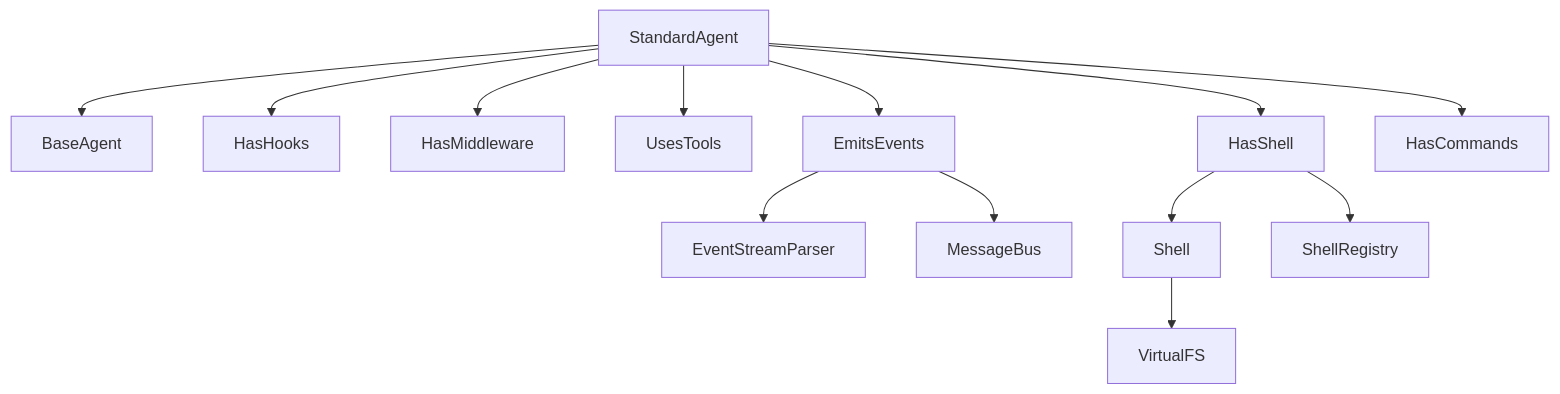
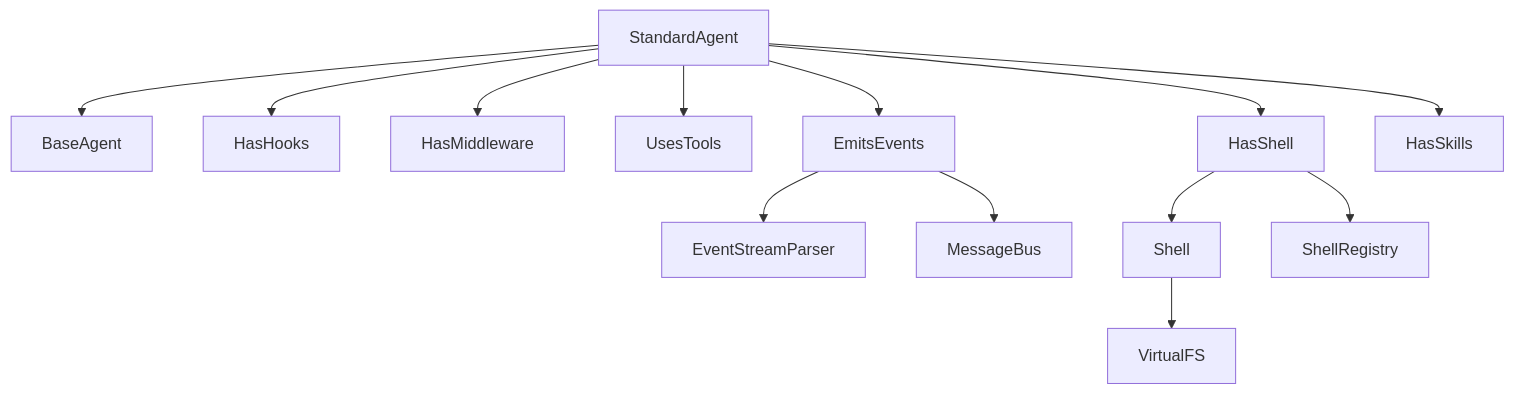
One commit to looksystems/playground-harness changed the diagram in docs/overview.md. Above: the diagram before and after it, drawn with Mermaid. The commit also changed other lines of this file and 51 other files, not shown here.

First line of the commit message:
Replace HasCommands with HasSkills mixin (22 total hook events)

````diff
--- a/docs/overview.md
+++ b/docs/overview.md
@@ -20,15 +20,15 @@
 ```mermaid
 graph TD
     SA[StandardAgent] --> BA[BaseAgent]
     SA --> HH[HasHooks]
     SA --> HM[HasMiddleware]
     SA --> UT[UsesTools]
     SA --> EE[EmitsEvents]
     SA --> HS[HasShell]
-    SA --> HC[HasCommands]
+    SA --> HC[HasSkills]
     EE --> ESP[EventStreamParser]
     EE --> MB[MessageBus]
     HS --> SH[Shell]
     HS --> SR[ShellRegistry]
     SH --> VFS[VirtualFS]
 ```
````
